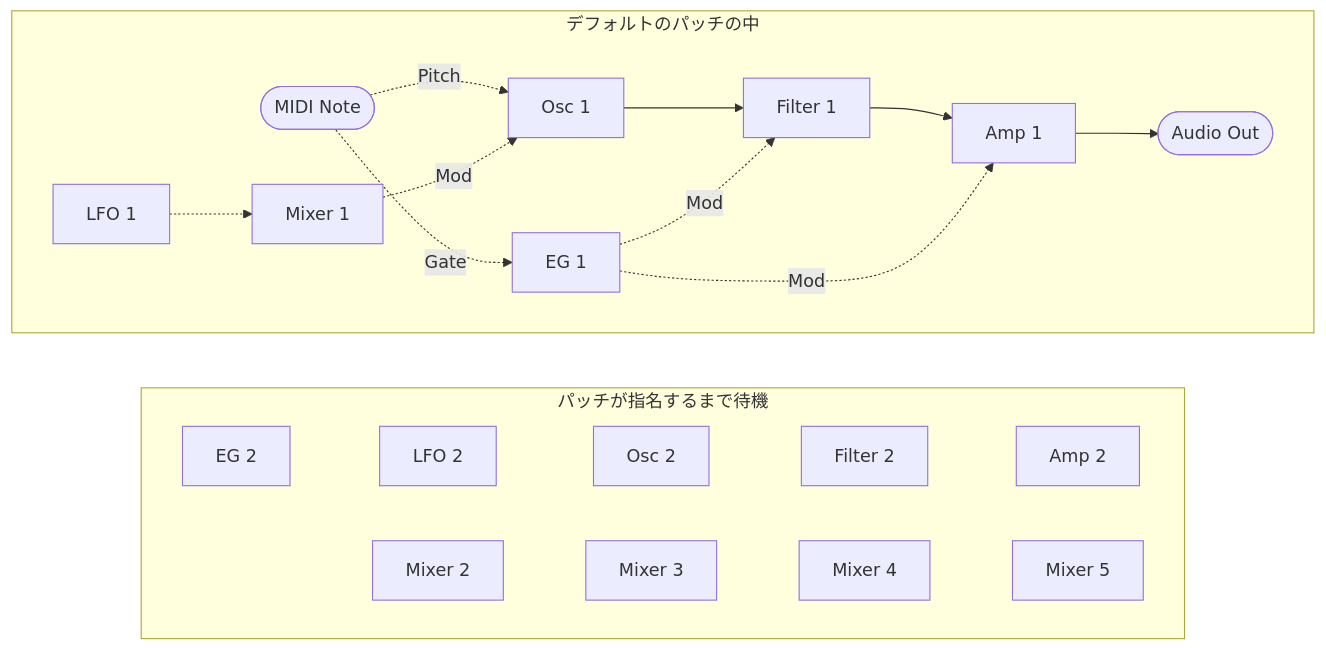
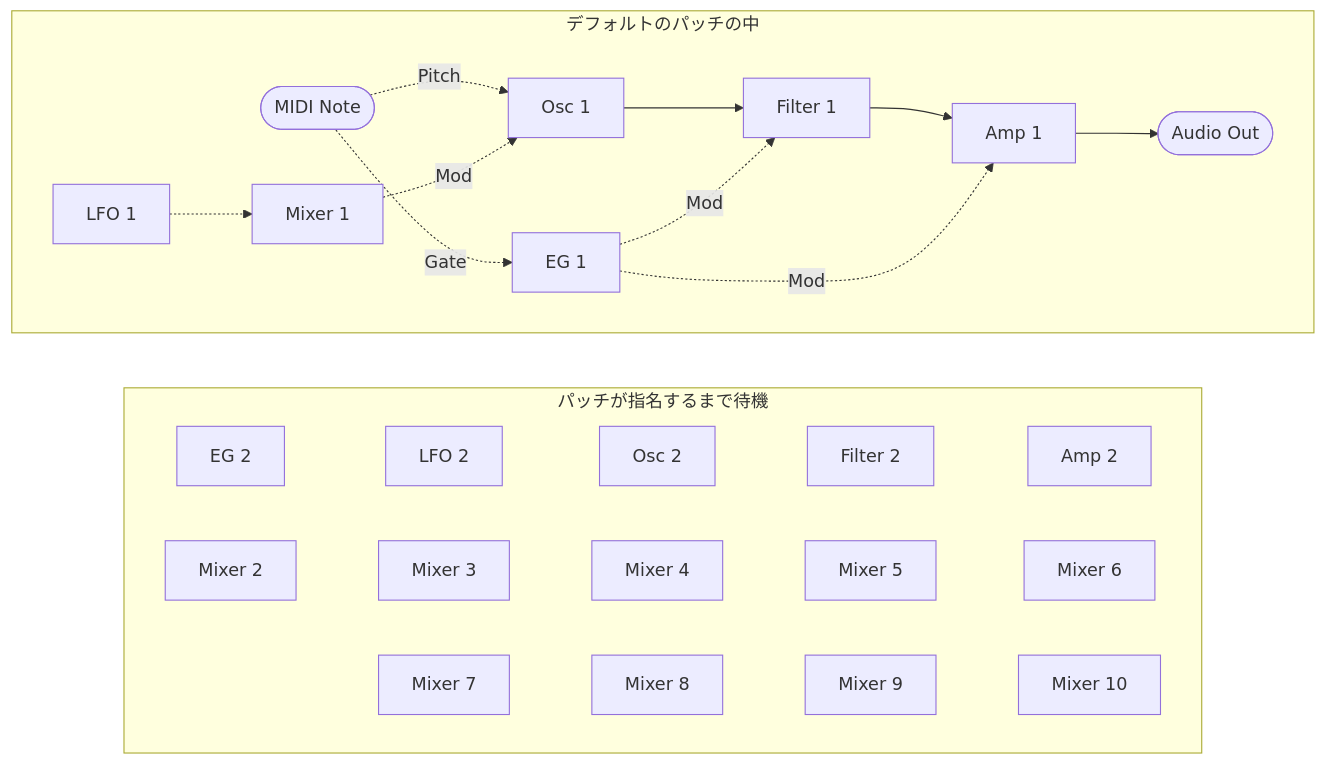
Before and after one commit to risgk/midi_synthesizer_spms1: the second of 2 diagrams in spms1_type0/README.ja.md, drawn with Mermaid. The commit also changed other lines of this file and 3 other files, not shown here.

````diff
--- a/spms1_type0/README.ja.md
+++ b/spms1_type0/README.ja.md
@@ -130,19 +130,20 @@
 ```mermaid
 flowchart TB
   subgraph patched [デフォルトのパッチの中]
     direction LR
     NOTE([MIDI Note])
     OSC1[Osc 1] --> FILTER1[Filter 1] --> AMP1[Amp 1] --> OUT([Audio Out])
     NOTE -. Gate .-> EG1[EG 1]
     NOTE -. Pitch .-> OSC1
     LFO1[LFO 1] -.-> MIX1[Mixer 1] -. Mod .-> OSC1
     EG1 -. Mod .-> FILTER1
     EG1 -. Mod .-> AMP1
   end
   subgraph spare [パッチが指名するまで待機]
     direction LR
     EG2[EG 2] ~~~ LFO2[LFO 2] ~~~ OSC2[Osc 2] ~~~ FILTER2[Filter 2] ~~~ AMP2[Amp 2]
-    MIX2[Mixer 2] ~~~ MIX3[Mixer 3] ~~~ MIX4[Mixer 4] ~~~ MIX5[Mixer 5]
+    MIX2[Mixer 2] ~~~ MIX3[Mixer 3] ~~~ MIX4[Mixer 4] ~~~ MIX5[Mixer 5] ~~~ MIX6[Mixer 6]
+    MIX7[Mixer 7] ~~~ MIX8[Mixer 8] ~~~ MIX9[Mixer 9] ~~~ MIX10[Mixer 10]
   end
   patched ~~~ spare
 ```
````
